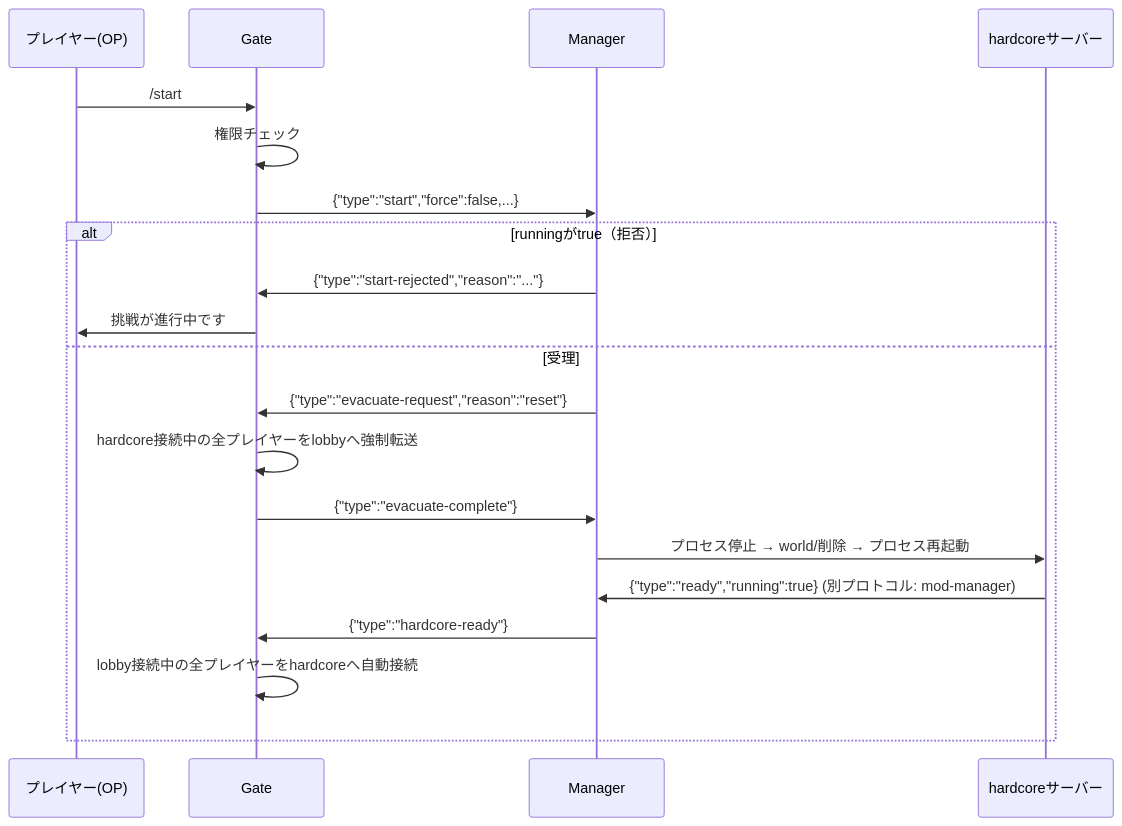
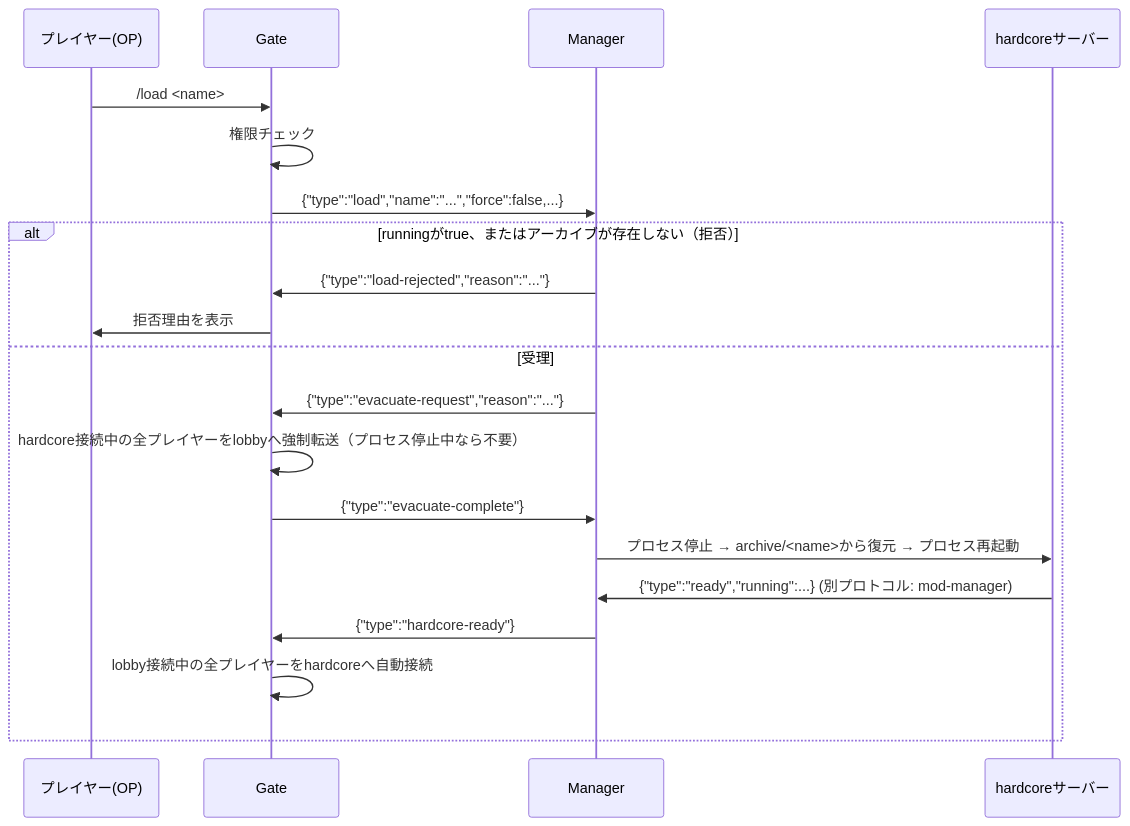
One commit to RayLight1732/hardcore-together-manager changed the second of 4 diagrams in docs/protocol-gate-manager.md. Above: the diagram before and after it, drawn with Mermaid. The commit also changed other lines of this file and 4 other files, not shown here.

````diff
--- a/docs/protocol-gate-manager.md
+++ b/docs/protocol-gate-manager.md
@@ -179,23 +240,23 @@
 ```mermaid
 sequenceDiagram
     participant P as プレイヤー(OP)
     participant G as Gate
     participant M as Manager
     participant H as hardcoreサーバー
 
-    P->>G: /start
+    P->>G: /load <name>
     G->>G: 権限チェック
-    G->>M: {"type":"start","force":false,...}
-    alt runningがtrue（拒否）
-        M->>G: {"type":"start-rejected","reason":"..."}
-        G->>P: 挑戦が進行中です
+    G->>M: {"type":"load","name":"...","force":false,...}
+    alt runningがtrue、またはアーカイブが存在しない（拒否）
+        M->>G: {"type":"load-rejected","reason":"..."}
+        G->>P: 拒否理由を表示
     else 受理
-        M->>G: {"type":"evacuate-request","reason":"reset"}
-        G->>G: hardcore接続中の全プレイヤーをlobbyへ強制転送
+        M->>G: {"type":"evacuate-request","reason":"..."}
+        G->>G: hardcore接続中の全プレイヤーをlobbyへ強制転送（プロセス停止中なら不要）
         G->>M: {"type":"evacuate-complete"}
-        M->>H: プロセス停止 → world/削除 → プロセス再起動
-        H->>M: {"type":"ready","running":true}  (別プロトコル: mod-manager)
+        M->>H: プロセス停止 → archive/<name>から復元 → プロセス再起動
+        H->>M: {"type":"ready","running":...}  (別プロトコル: mod-manager)
         M->>G: {"type":"hardcore-ready"}
         G->>G: lobby接続中の全プレイヤーをhardcoreへ自動接続
     end
 ```
````
